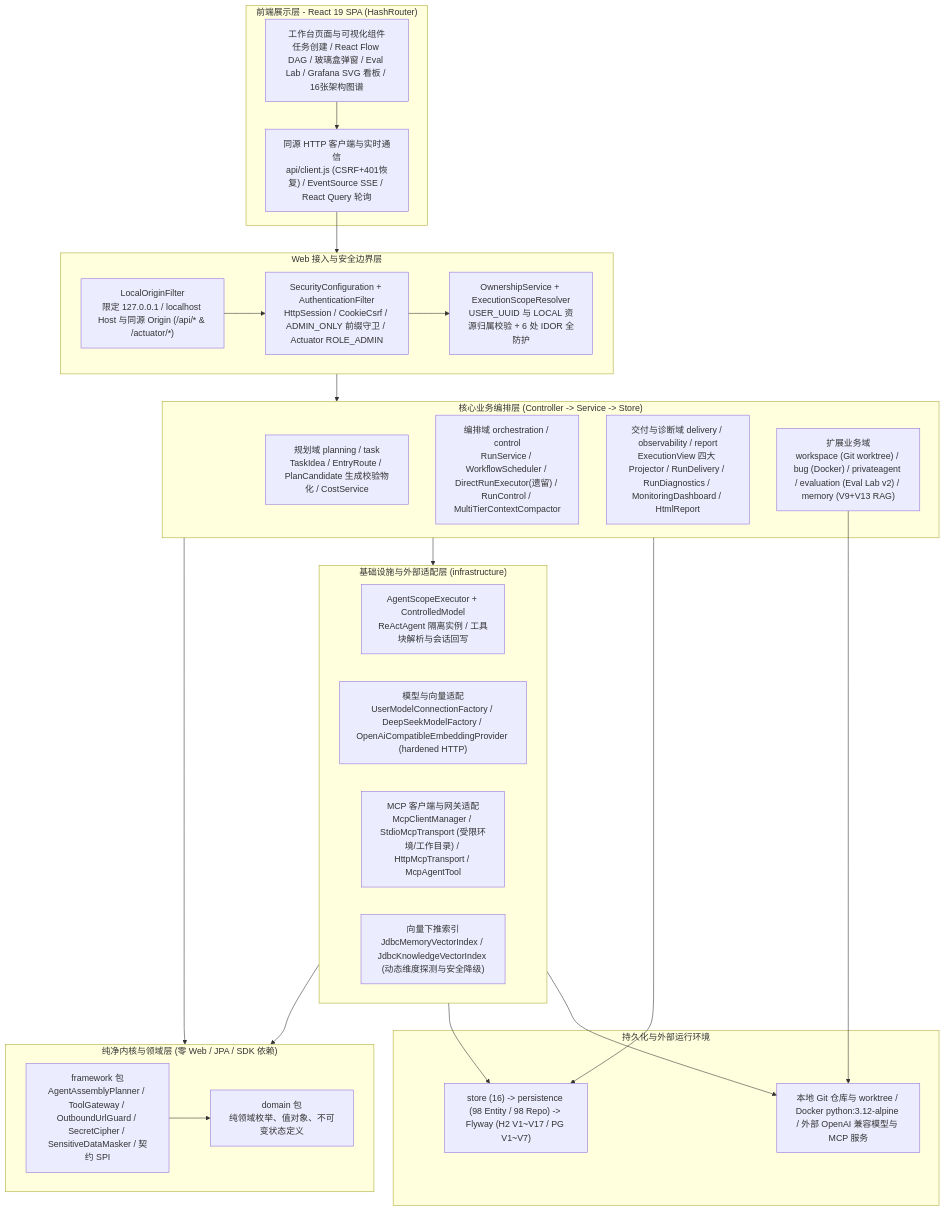
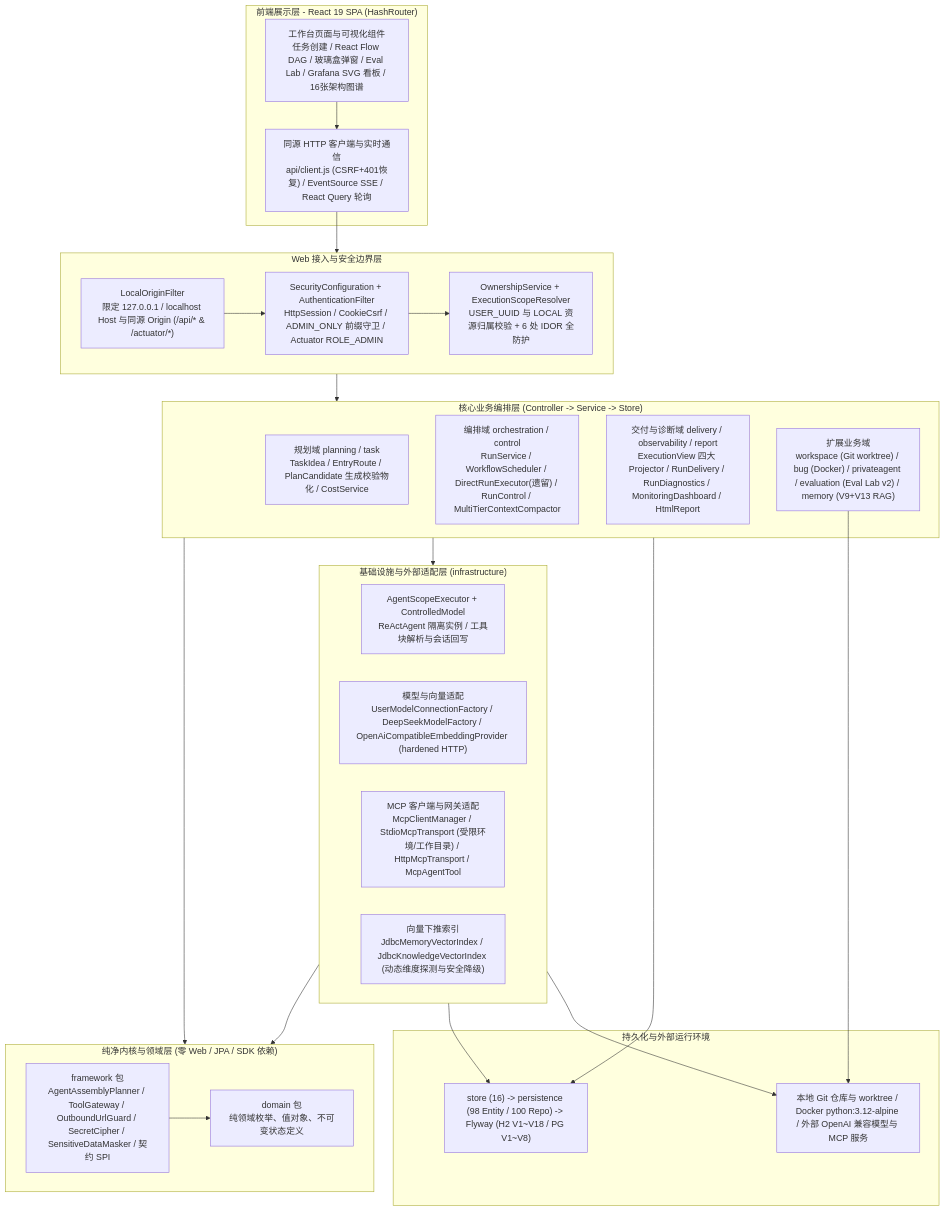
Before and after one commit to Qi-95827/glassbox-agent-studio: the first of 2 diagrams in docs/项目总览_产品需求与技术架构.md, drawn with Mermaid. The commit also changed other lines of this file and 32 other files, not shown here.

````diff
--- a/docs/项目总览_产品需求与技术架构.md
+++ b/docs/项目总览_产品需求与技术架构.md
@@ -44,50 +44,50 @@
 ```mermaid
 flowchart TB
     subgraph FE["前端展示层 - React 19 SPA (HashRouter)"]
         UI["工作台页面与可视化组件\n任务创建 / React Flow DAG / 玻璃盒弹窗 / Eval Lab / Grafana SVG 看板 / 16张架构图谱"]
         APIClient["同源 HTTP 客户端与实时通信\napi/client.js (CSRF+401恢复) / EventSource SSE / React Query 轮询"]
         UI --> APIClient
     end
 
     subgraph SEC["Web 接入与安全边界层"]
         Origin["LocalOriginFilter\n限定 127.0.0.1 / localhost Host 与同源 Origin (/api/* & /actuator/*)"]
         AuthFilter["SecurityConfiguration + AuthenticationFilter\nHttpSession / CookieCsrf / ADMIN_ONLY 前缀守卫 / Actuator ROLE_ADMIN"]
         Scope["OwnershipService + ExecutionScopeResolver\nUSER_UUID 与 LOCAL 资源归属校验 + 6 处 IDOR 全防护"]
         Origin --> AuthFilter --> Scope
     end
 
     subgraph BIZ["核心业务编排层 (Controller -> Service -> Store)"]
         Plan["规划域 planning / task\nTaskIdea / EntryRoute / PlanCandidate 生成校验物化 / CostService"]
         Orch["编排域 orchestration / control\nRunService / WorkflowScheduler / DirectRunExecutor(遗留) / RunControl / MultiTierContextCompactor"]
         Deliv["交付与诊断域 delivery / observability / report\nExecutionView 四大 Projector / RunDelivery / RunDiagnostics / MonitoringDashboard / HtmlReport"]
         DomainExt["扩展业务域\nworkspace (Git worktree) / bug (Docker) / privateagent / evaluation (Eval Lab v2) / memory (V9+V13 RAG)"]
     end
 
     subgraph CORE["纯净内核与领域层 (零 Web / JPA / SDK 依赖)"]
         Framework["framework 包\nAgentAssemblyPlanner / ToolGateway / OutboundUrlGuard / SecretCipher / SensitiveDataMasker / 契约 SPI"]
         Domain["domain 包\n纯领域枚举、值对象、不可变状态定义"]
         Framework --> Domain
     end
 
     subgraph INFRA["基础设施与外部适配层 (infrastructure)"]
         AS["AgentScopeExecutor + ControlledModel\nReActAgent 隔离实例 / 工具块解析与会话回写"]
         Model["模型与向量适配\nUserModelConnectionFactory / DeepSeekModelFactory / OpenAiCompatibleEmbeddingProvider (hardened HTTP)"]
         MCP["MCP 客户端与网关适配\nMcpClientManager / StdioMcpTransport (受限环境/工作目录) / HttpMcpTransport / McpAgentTool"]
         Vec["向量下推索引\nJdbcMemoryVectorIndex / JdbcKnowledgeVectorIndex (动态维度探测与安全降级)"]
     end
 
     subgraph DATA["持久化与外部运行环境"]
-        Store["store (16) -> persistence (98 Entity / 98 Repo) -> Flyway (H2 V1~V17 / PG V1~V7)"]
+        Store["store (16) -> persistence (98 Entity / 100 Repo) -> Flyway (H2 V1~V18 / PG V1~V8)"]
         ExtEnv["本地 Git 仓库与 worktree / Docker python:3.12-alpine / 外部 OpenAI 兼容模型与 MCP 服务"]
     end
 
     APIClient --> SEC
     SEC --> BIZ
     BIZ --> CORE
     BIZ --> INFRA
     INFRA --> CORE
     BIZ --> Store
     INFRA --> Store
     INFRA --> ExtEnv
     DomainExt --> ExtEnv
 ```
````
